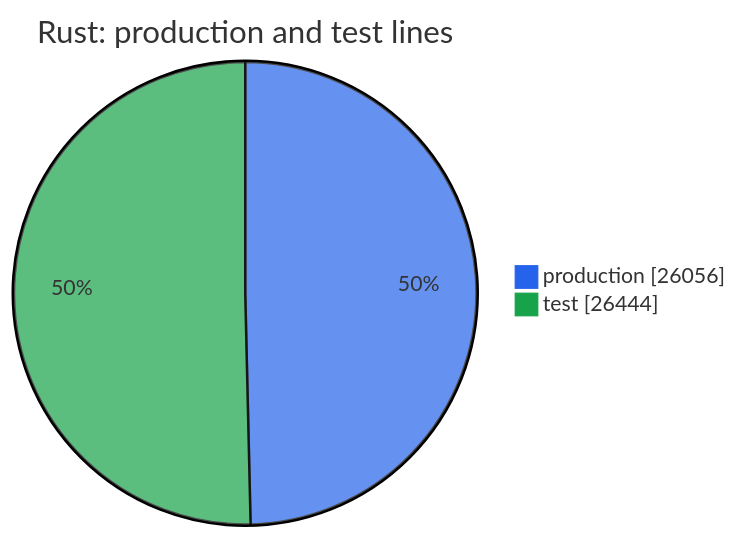
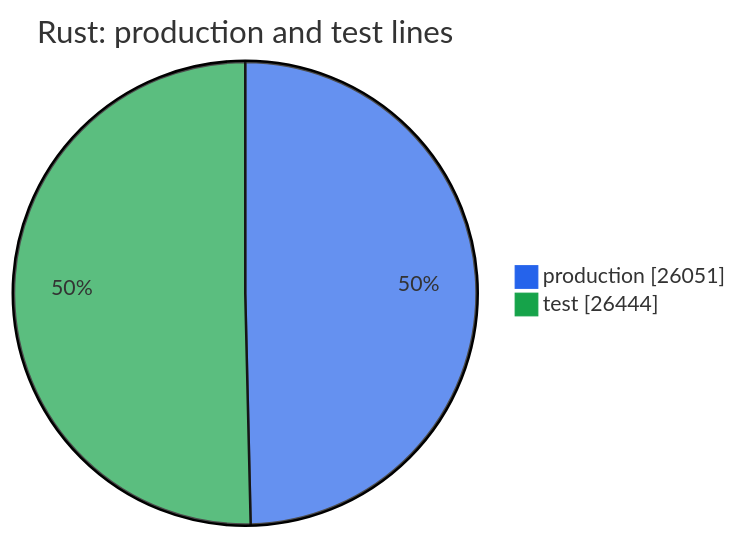
One commit to thomascherickal/ferrum-gpu changed the second of 2 diagrams in metrics.md. Above: the diagram before and after it, drawn with Mermaid. The commit also changed other lines of this file and 48 other files, not shown here.

````diff
--- a/metrics.md
+++ b/metrics.md
@@ -35,6 +35,6 @@
 ```mermaid
 %%{init: {"theme": "base", "themeVariables": {"pie1": "#2563eb", "pie2": "#16a34a", "pie3": "#d97706", "pie4": "#db2777", "pie5": "#7c3aed", "pie6": "#0891b2", "pie7": "#65a30d", "pie8": "#dc2626"}}}%%
 pie showData title Rust: production and test lines
-    "production" : 26056
+    "production" : 26051
     "test" : 26444
 ```
````
